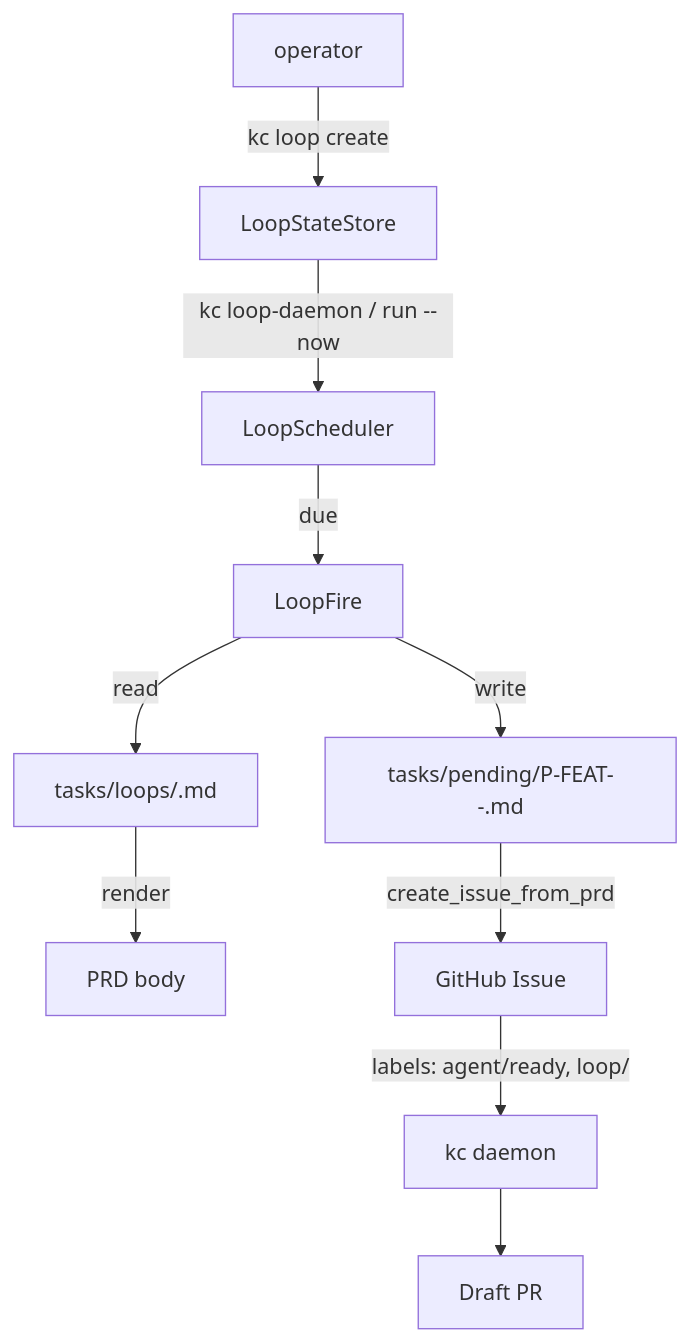
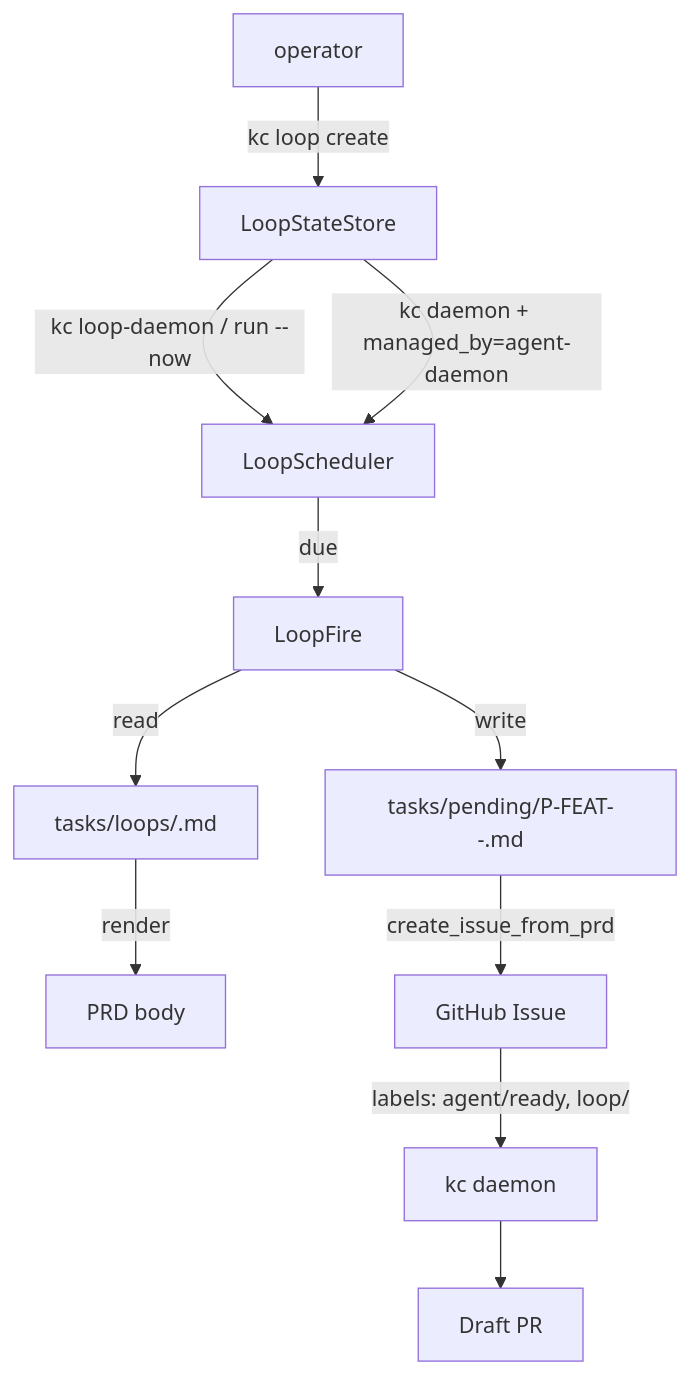
The diagram in docs/guides/loop.md (ZataZhang/keda), drawn with Mermaid before and after one commit. The commit also changed other lines of this file and 17 other files, not shown here.

````diff
--- a/docs/guides/loop.md
+++ b/docs/guides/loop.md
@@ -166,12 +197,13 @@
 ```mermaid
 flowchart TD
     A[operator] -->|kc loop create| B[LoopStateStore]
     B -->|kc loop-daemon / run --now| C[LoopScheduler]
+    B -->|kc daemon + managed_by=agent-daemon| C
     C -->|due| D[LoopFire]
     D -->|read| E[tasks/loops/<id>.md]
     E -->|render| F[PRD body]
     D -->|write| G[tasks/pending/P<pri>-FEAT-<timestamp>-<slug>.md]
     G -->|create_issue_from_prd| H[GitHub Issue]
     H -->|labels: agent/ready, loop/<id>| I[kc daemon]
     I --> J[Draft PR]
 ```
````
